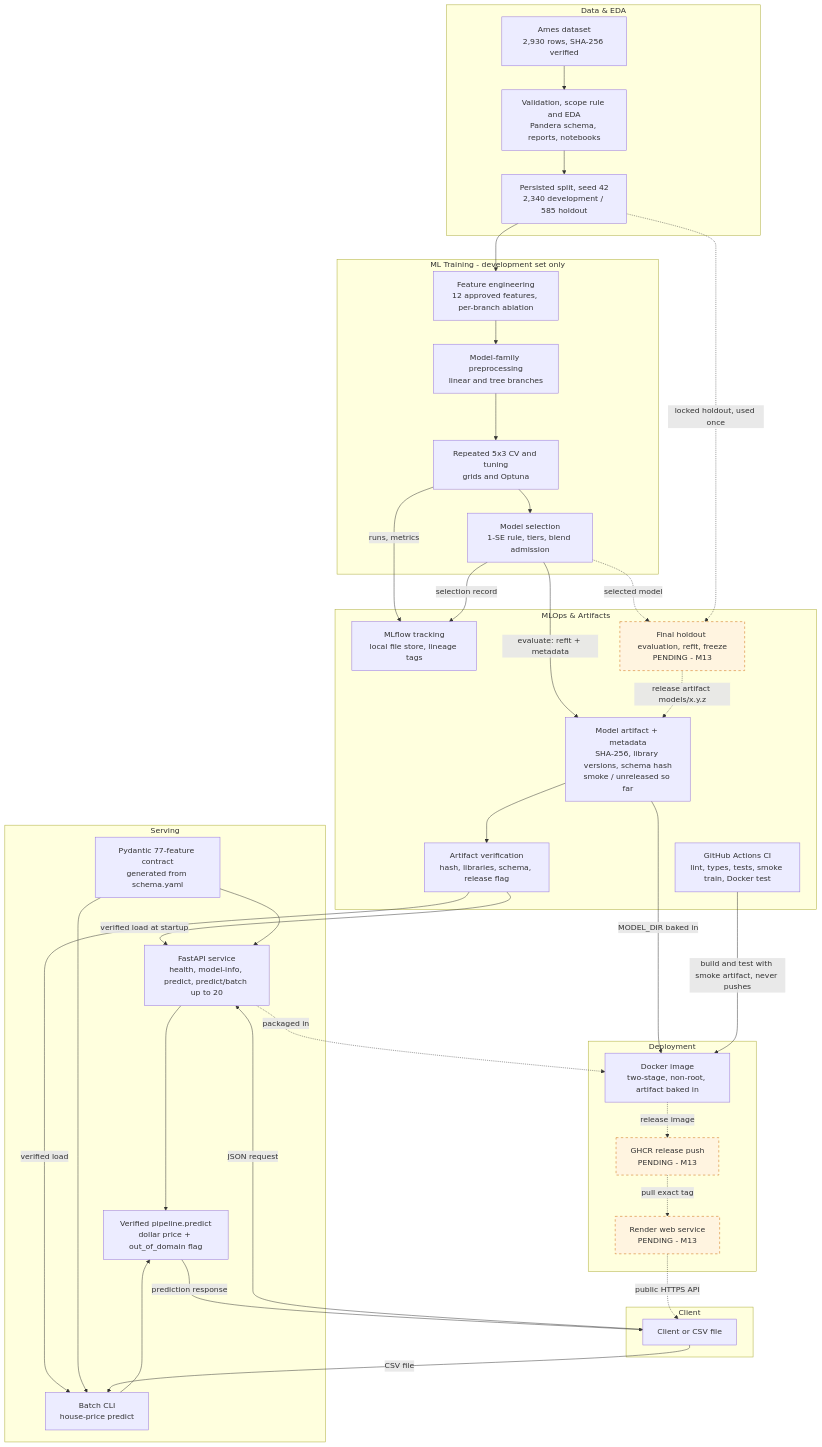
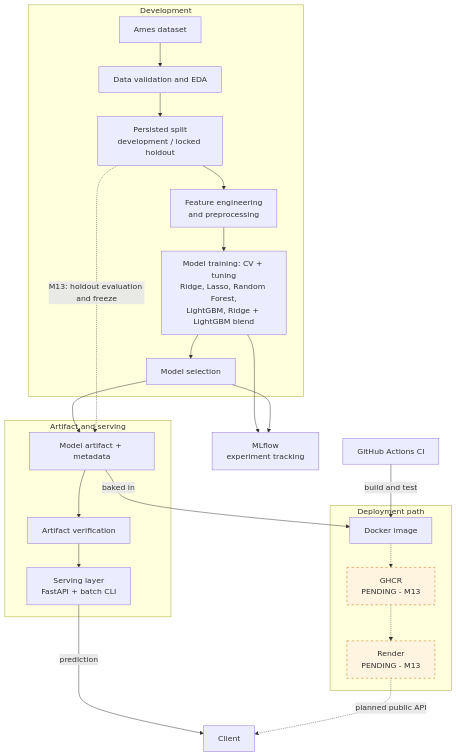
Before and after one commit to rniyati07/house-price-prediction: the diagram in README.md, drawn with Mermaid. The commit also changed other lines of this file, not shown here.

Commit message:
docs: simplify system architecture diagram

````diff
--- a/README.md
+++ b/README.md
@@ -43,68 +43,36 @@
 ```mermaid
 flowchart TB
-    subgraph DATA["Data & EDA"]
-        A["Ames dataset<br/>2,930 rows, SHA-256 verified"] --> B["Validation, scope rule and EDA<br/>Pandera schema, reports, notebooks"]
-        B --> S["Persisted split, seed 42<br/>2,340 development / 585 holdout"]
+    subgraph DEV["Development"]
+        A["Ames dataset"] --> B["Data validation and EDA"]
+        B --> S["Persisted split<br/>development / locked holdout"]
+        S --> FE["Feature engineering<br/>and preprocessing"]
+        FE --> TR["Model training: CV + tuning<br/>Ridge, Lasso, Random Forest,<br/>LightGBM, Ridge + LightGBM blend"]
+        TR --> SEL["Model selection"]
     end
 
-    subgraph TRAIN["ML Training - development set only"]
-        FE["Feature engineering<br/>12 approved features, per-branch ablation"] --> PP["Model-family preprocessing<br/>linear and tree branches"]
-        PP --> CV["Repeated 5x3 CV and tuning<br/>grids and Optuna"]
-        CV --> SEL["Model selection<br/>1-SE rule, tiers, blend admission"]
+    subgraph SERVE["Artifact and serving"]
+        ART["Model artifact + metadata"] --> VER["Artifact verification"]
+        VER --> SRV["Serving layer<br/>FastAPI + batch CLI"]
     end
 
-    subgraph OPS["MLOps & Artifacts"]
-        MLF["MLflow tracking<br/>local file store, lineage tags"]
-        ART["Model artifact + metadata<br/>SHA-256, library versions, schema hash<br/>smoke / unreleased so far"]
-        VER["Artifact verification<br/>hash, libraries, schema, release flag"]
-        FRZ["Final holdout evaluation, refit, freeze<br/>PENDING - M13"]
-        CI["GitHub Actions CI<br/>lint, types, tests, smoke train, Docker test"]
+    subgraph DEPLOY["Deployment path"]
+        DK["Docker image"] -.-> GHCR["GHCR<br/>PENDING - M13"]
+        GHCR -.-> REN["Render<br/>PENDING - M13"]
     end
 
-    subgraph SERVE["Serving"]
-        CON["Pydantic 77-feature contract<br/>generated from schema.yaml"]
-        API["FastAPI service<br/>health, model-info, predict, predict/batch up to 20"]
-        BCLI["Batch CLI<br/>house-price predict"]
-        PRED["Verified pipeline.predict<br/>dollar price + out_of_domain flag"]
-    end
+    MLF["MLflow<br/>experiment tracking"]
+    CI["GitHub Actions CI"]
+    CL["Client"]
 
-    subgraph DEPLOY["Deployment"]
-        IMG["Docker image<br/>two-stage, non-root, artifact baked in"]
-        GHCR["GHCR release push<br/>PENDING - M13"]
-        REN["Render web service<br/>PENDING - M13"]
-    end
-
-    subgraph CLIENT["Client"]
-        CL["Client or CSV file"]
-    end
-
-    S --> FE
-    CV -->|"runs, metrics"| MLF
-    SEL -->|"selection record"| MLF
-    SEL -->|"evaluate: refit + metadata"| ART
-    SEL -.->|"selected model"| FRZ
-    S -.->|"locked holdout, used once"| FRZ
-    FRZ -.->|"release artifact models/x.y.z"| ART
-
-    ART --> VER
-    VER -->|"verified load at startup"| API
-    VER -->|"verified load"| BCLI
-    CON --> API
-    CON --> BCLI
-    API --> PRED
-    BCLI --> PRED
-
-    CL -->|"JSON request"| API
-    CL -->|"CSV file"| BCLI
-    PRED -->|"prediction response"| CL
-
-    ART -->|"MODEL_DIR baked in"| IMG
-    API -.->|"packaged in"| IMG
-    IMG -.->|"release image"| GHCR
-    GHCR -.->|"pull exact tag"| REN
-    REN -.->|"public HTTPS API"| CL
-    CI -->|"build and test with smoke artifact, never pushes"| IMG
+    SEL --> ART
+    S -.->|"M13: holdout evaluation and freeze"| ART
+    TR --> MLF
+    SEL --> MLF
+    SRV -->|"prediction"| CL
+    ART -->|"baked in"| DK
+    CI -->|"build and test"| DK
+    REN -.->|"planned public API"| CL
 
     classDef pending fill:#fff4e0,stroke:#cc6600,stroke-dasharray:5 5,color:#333
-    class FRZ,GHCR,REN pending
+    class GHCR,REN pending
 ```
````
